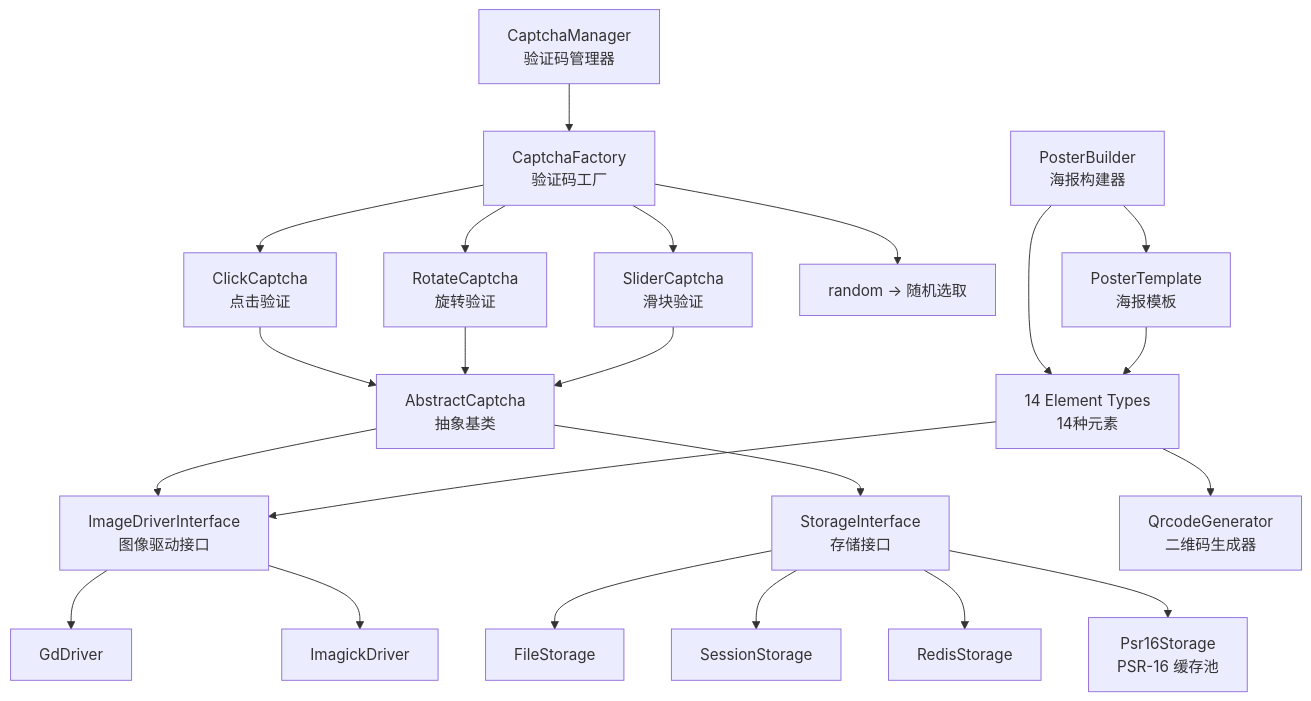
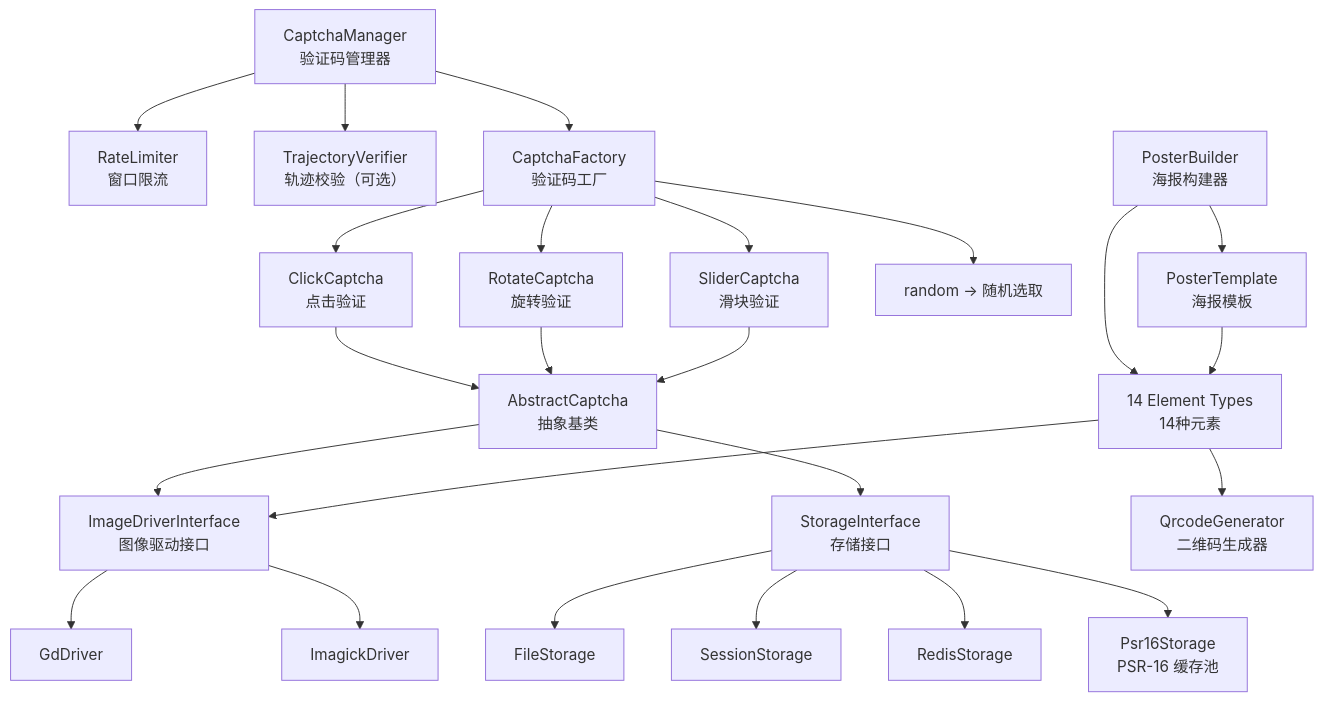
The third of 11 diagrams in docs/architecture.md (erikwang2013/poster-php), drawn with Mermaid before and after one commit. The commit also changed other lines of this file and 10 other files, not shown here.

````diff
--- a/docs/architecture.md
+++ b/docs/architecture.md
@@ -119,31 +119,33 @@
 ```mermaid
 graph TB
+    CM["CaptchaManager<br/>验证码管理器"] --> RL["RateLimiter<br/>窗口限流"]
+    CM --> TV["TrajectoryVerifier<br/>轨迹校验（可选）"]
     CM["CaptchaManager<br/>验证码管理器"] --> CF["CaptchaFactory<br/>验证码工厂"]
     CF --> CC["ClickCaptcha<br/>点击验证"]
     CF --> RC["RotateCaptcha<br/>旋转验证"]
     CF --> SC["SliderCaptcha<br/>滑块验证"]
     CF --> RANDOM["random → 随机选取"]
 
     CC --> AC["AbstractCaptcha<br/>抽象基类"]
     RC --> AC
     SC --> AC
 
     AC --> ID["ImageDriverInterface<br/>图像驱动接口"]
     AC --> SI["StorageInterface<br/>存储接口"]
 
     ID --> GD["GdDriver"]
     ID --> IM["ImagickDriver"]
 
     SI --> FS["FileStorage"]
     SI --> SS["SessionStorage"]
     SI --> RS["RedisStorage"]
     SI --> PS["Psr16Storage<br/>PSR-16 缓存池"]
 
     PB["PosterBuilder<br/>海报构建器"] --> ELEMENTS["14 Element Types<br/>14种元素"]
     PB --> PT["PosterTemplate<br/>海报模板"]
 
     ELEMENTS --> ID
     ELEMENTS --> QG["QrcodeGenerator<br/>二维码生成器"]
 
     PT --> ELEMENTS
 ```
````
